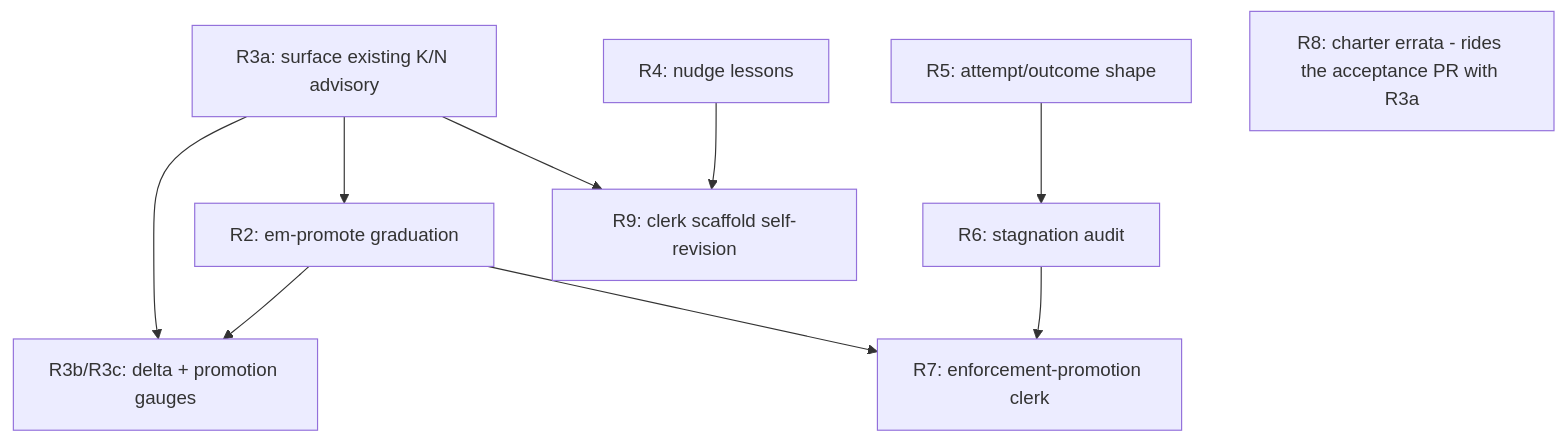
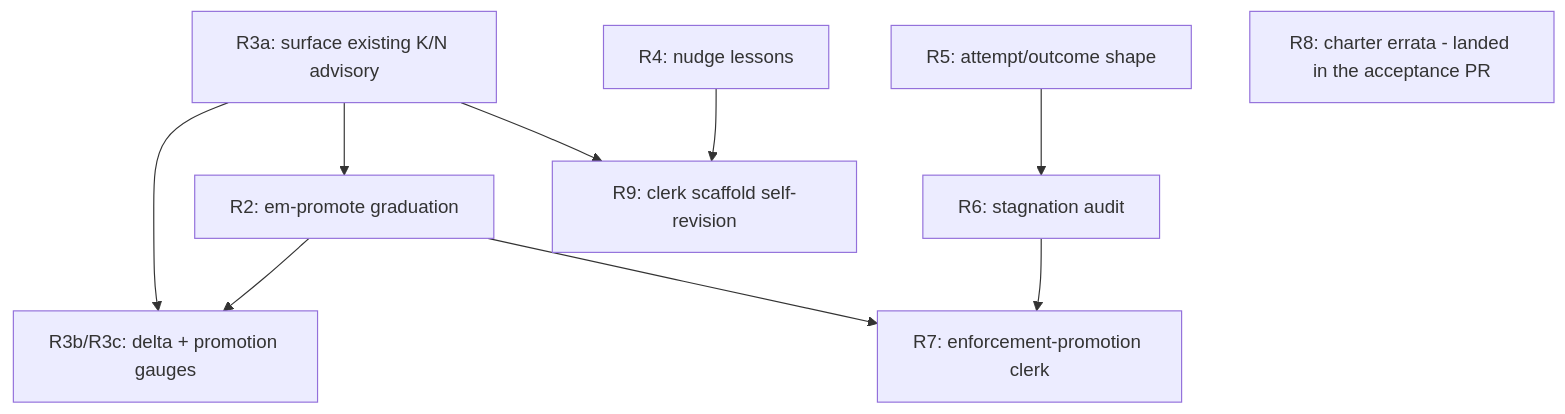
The diagram in docs/rfcs/RFC-012-promotion-arc.md (lantisprime/episodic-memory), drawn with Mermaid before and after one commit. The commit also changed other lines of this file and 3 other files, not shown here.

Commit message:
RFC-012: acceptance gate - status accepted, Implementation plan populated (P0-P8), R8 errata to RFC-009 R9(b) (GLM 2-round HOLD-1 -> ACCEPT) (#534)

````diff
--- a/docs/rfcs/RFC-012-promotion-arc.md
+++ b/docs/rfcs/RFC-012-promotion-arc.md
@@ -152,21 +166,21 @@
 ```mermaid
 graph TD
     R3a[R3a: surface existing K/N advisory]
     R3bc[R3b/R3c: delta + promotion gauges]
     R2[R2: em-promote graduation]
     R5[R5: attempt/outcome shape]
     R6[R6: stagnation audit]
     R4[R4: nudge lessons]
     R7[R7: enforcement-promotion clerk]
     R9[R9: clerk scaffold self-revision]
-    R8[R8: charter errata - rides the acceptance PR with R3a]
+    R8[R8: charter errata - landed in the acceptance PR]
 
     R3a --> R3bc
     R2 --> R3bc
     R3a --> R2
     R5 --> R6
     R2 --> R7
     R6 --> R7
     R3a --> R9
     R4 --> R9
 ```
````
